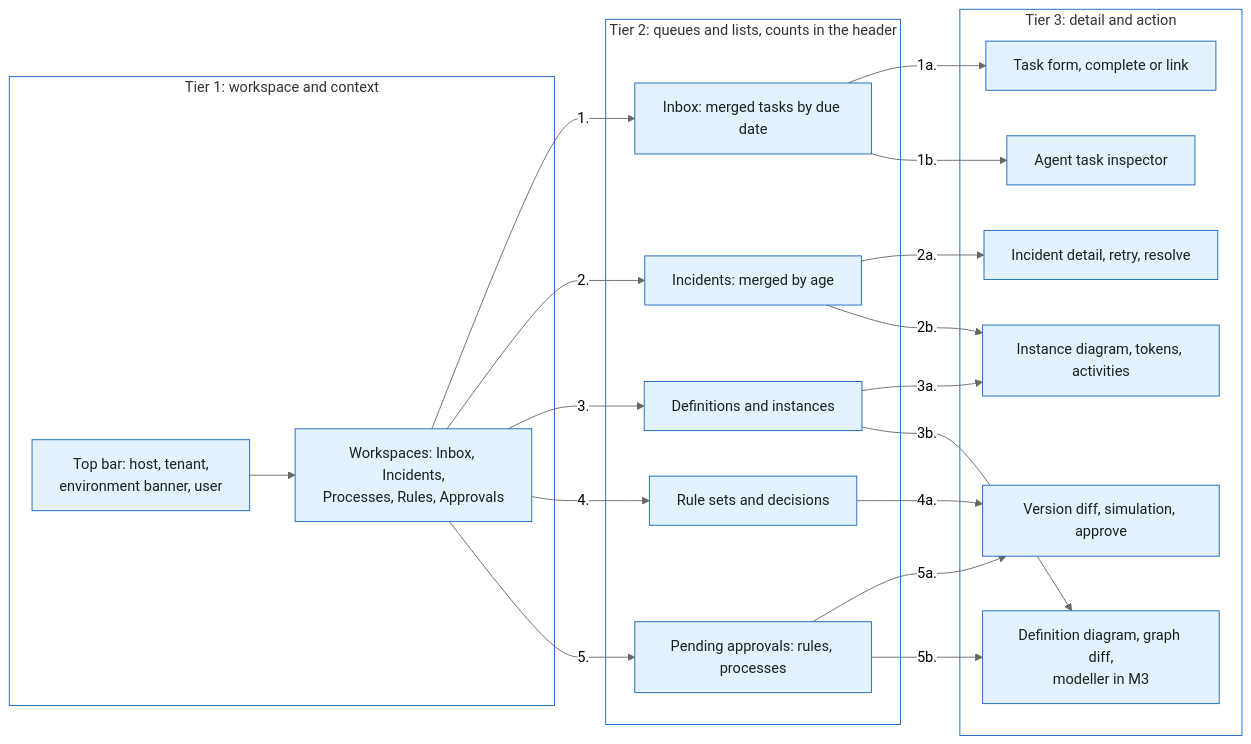
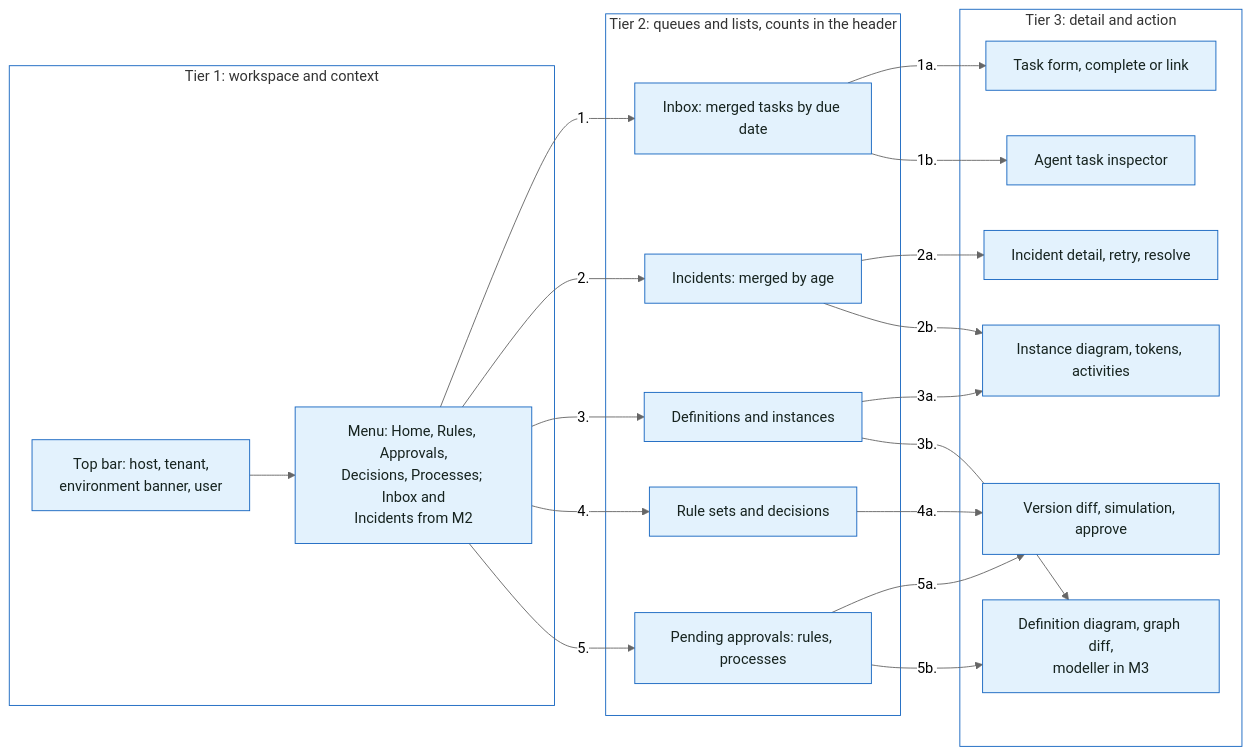
Before and after one commit to dhluong90/horus-Agentic-BPM: the diagram in cockpit/docs/diagrams/screen-hierarchy.mmd, drawn with Mermaid (neutral theme). The commit also changed 7 other files, not shown here.

```diff
--- a/cockpit/docs/diagrams/screen-hierarchy.mmd
+++ b/cockpit/docs/diagrams/screen-hierarchy.mmd
@@ -1,44 +1,44 @@
 flowchart LR
   subgraph T1["Tier 1: workspace and context"]
     CTX["Top bar: host, tenant,<br/>environment banner, user"]:::client
-    NAV["Workspaces: Inbox, Incidents,<br/>Processes, Rules, Approvals"]:::client
+    NAV["Menu: Home, Rules, Approvals,<br/>Decisions, Processes; Inbox and<br/>Incidents from M2"]:::client
   end
   subgraph T2["Tier 2: queues and lists, counts in the header"]
     QI["Inbox: merged tasks by due date"]:::client
     QN["Incidents: merged by age"]:::client
     QD["Definitions and instances"]:::client
     QR["Rule sets and decisions"]:::client
     QA["Pending approvals: rules, processes"]:::client
   end
   subgraph T3["Tier 3: detail and action"]
     DT["Task form, complete or link"]:::client
     DI["Instance diagram, tokens, activities"]:::client
     DN["Incident detail, retry, resolve"]:::client
     DV["Version diff, simulation, approve"]:::client
     DM["Definition diagram, graph diff,<br/>modeller in M3"]:::client
     DA["Agent task inspector"]:::client
   end
   CTX --> NAV
   NAV -->|"1."| QI
   NAV -->|"2."| QN
   NAV -->|"3."| QD
   NAV -->|"4."| QR
   NAV -->|"5."| QA
   QI -->|"1a."| DT
   QI -->|"1b."| DA
   QN -->|"2a."| DN
   QN -->|"2b."| DI
   QD -->|"3a."| DI
   QD -->|"3b."| DM
   QR -->|"4a."| DV
   QA -->|"5a."| DV
   QA -->|"5b."| DM
   classDef client fill:#E3F2FD,stroke:#1565C0,color:#16231F
   classDef host fill:#E8F5E9,stroke:#2E7D32,color:#16231F
   classDef engine fill:#E0F2F1,stroke:#00796B,stroke-width:2px,color:#16231F
   classDef db fill:#FFF8E1,stroke:#F9A825,color:#16231F
   classDef external fill:#F3E5F5,stroke:#6A1B9A,color:#16231F
   classDef obs fill:#ECEFF1,stroke:#546E7A,color:#16231F
   style T1 fill:none,stroke:#1565C0
   style T2 fill:none,stroke:#1565C0
   style T3 fill:none,stroke:#1565C0
```
